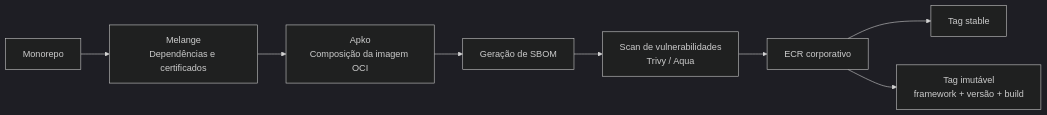
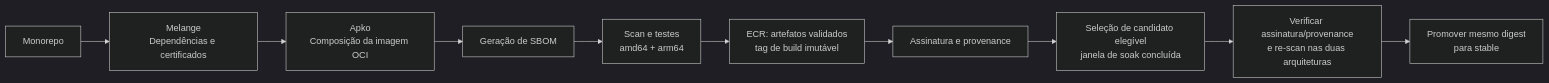
One commit to alric-corp/itau-xj7-containers-image-base changed the second of 2 diagrams in RFC-013-Image-Base-Completa-com-Mermaid.md. Above: the diagram before and after it, drawn with Mermaid (dark theme). The commit also changed other lines of this file and 10 other files, not shown here.

````diff
--- a/RFC-013-Image-Base-Completa-com-Mermaid.md
+++ b/RFC-013-Image-Base-Completa-com-Mermaid.md
@@ -191,11 +276,12 @@
 ```mermaid
 flowchart LR
     SRC["Monorepo"] --> MELANGE["Melange<br/>Dependências e certificados"]
     MELANGE --> APKO["Apko<br/>Composição da imagem OCI"]
     APKO --> SBOM["Geração de SBOM"]
-    SBOM --> SCAN["Scan de vulnerabilidades<br/>Trivy / Aqua"]
-    SCAN --> ECR["ECR corporativo"]
-
-    ECR --> STABLE["Tag stable"]
-    ECR --> IMMUTABLE["Tag imutável<br/>framework + versão + build"]
+    SBOM --> SCAN["Scan e testes<br/>amd64 + arm64"]
+    SCAN --> IMMUTABLE["ECR: artefatos validados<br/>tag de build imutável"]
+    IMMUTABLE --> SIGN["Assinatura e provenance"]
+    SIGN --> SOAK["Seleção de candidato elegível<br/>janela de soak concluída"]
+    SOAK --> VERIFY["Verificar assinatura/provenance<br/>e re-scan nas duas arquiteturas"]
+    VERIFY --> STABLE["Promover mesmo digest<br/>para stable"]
 ```
````
